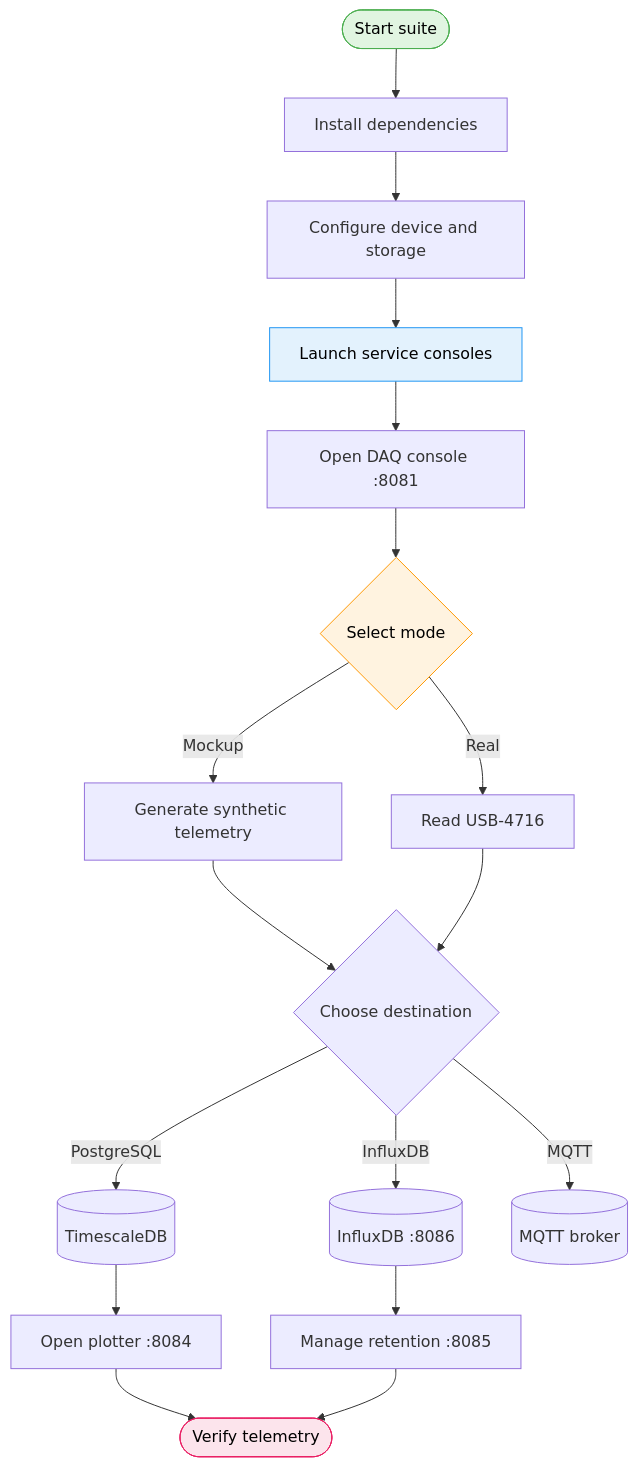
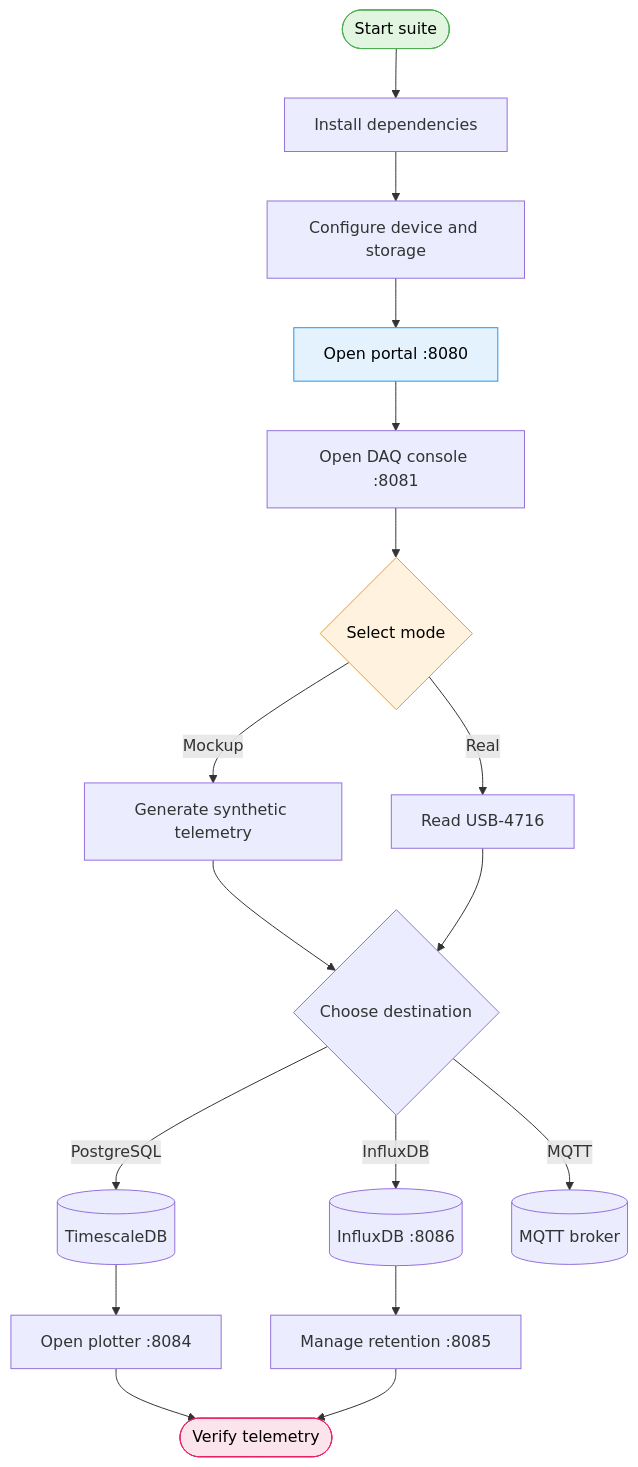
Before and after one commit to Faiisu/MDDP-machine-ingest: the diagram in README.md, drawn with Mermaid. The commit also changed other lines of this file and 27 other files, not shown here.

````diff
--- a/README.md
+++ b/README.md
@@ -20,24 +21,24 @@
 ```mermaid
 flowchart TD
     Start([Start suite]) --> Install[Install dependencies]
     Install --> Configure[Configure device and storage]
-    Configure --> Launch[Launch service consoles]
+    Configure --> Launch[Open portal :8080]
     Launch --> DAQ[Open DAQ console :8081]
     DAQ --> Mode{Select mode}
     Mode -->|Mockup| Mock[Generate synthetic telemetry]
     Mode -->|Real| Hardware[Read USB-4716]
     Mock --> Destination{Choose destination}
     Hardware --> Destination
     Destination -->|PostgreSQL| SQL[(TimescaleDB)]
     Destination -->|InfluxDB| Influx[(InfluxDB :8086)]
     Destination -->|MQTT| Broker[(MQTT broker)]
     SQL --> Plot[Open plotter :8084]
     Influx --> Manage[Manage retention :8085]
     Plot --> Verify([Verify telemetry])
     Manage --> Verify
 
     style Start fill:#e1f5e1,stroke:#4caf50,color:#000
     style Launch fill:#e3f2fd,stroke:#2196f3,color:#000
     style Mode fill:#fff3e0,stroke:#ff9800,color:#000
     style Verify fill:#fce4ec,stroke:#e91e63,color:#000
 ```
````
